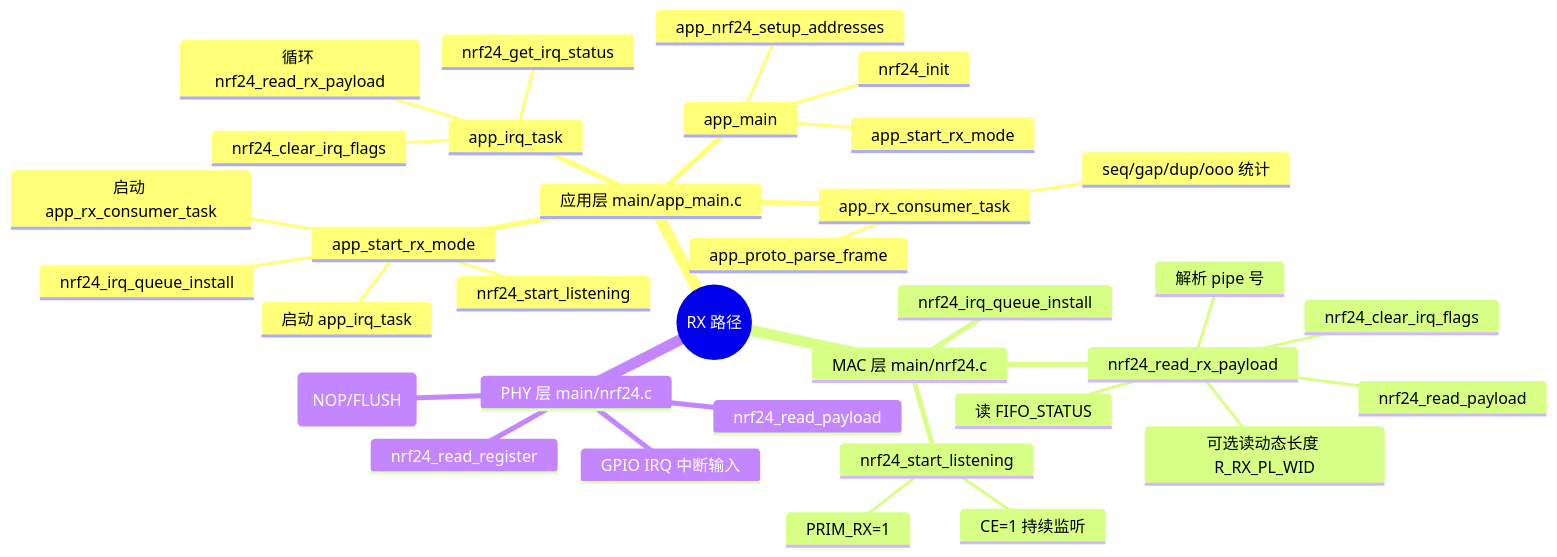
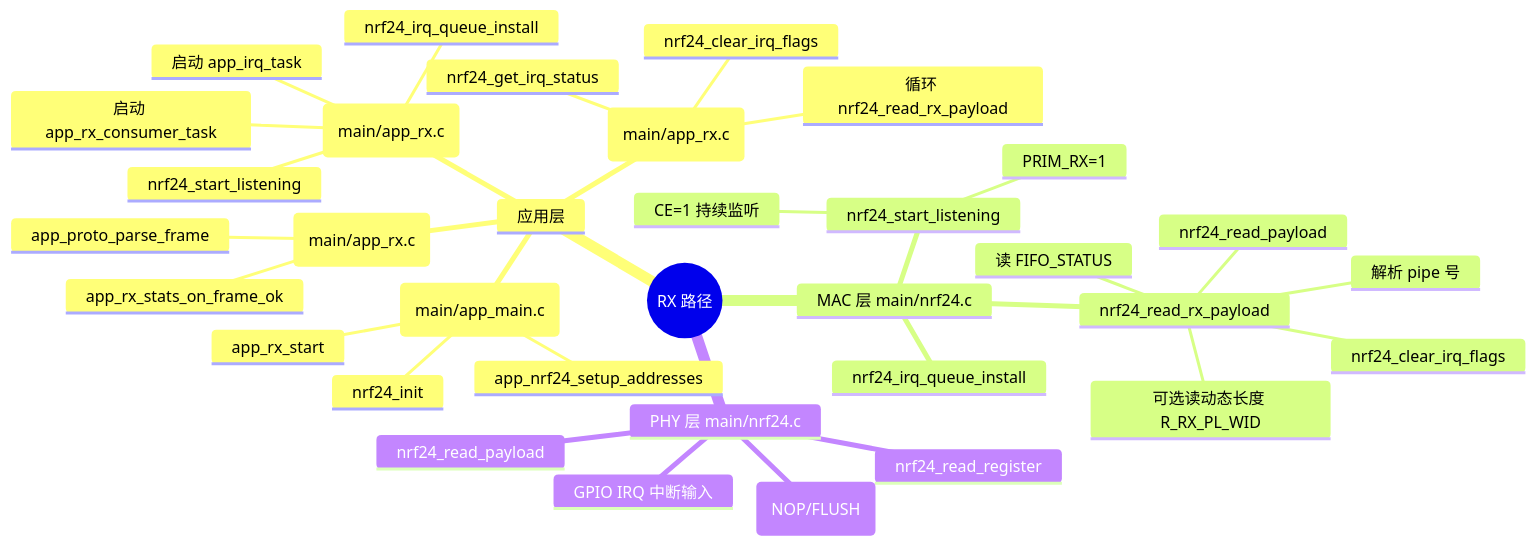
The second of 2 diagrams in docs/nrf24_tx_rx_phy_mac_mindmap.md (Aworrier/NRF24_1), drawn with Mermaid before and after one commit. The commit also changed other lines of this file and 228 other files, not shown here.

````diff
--- a/docs/nrf24_tx_rx_phy_mac_mindmap.md
+++ b/docs/nrf24_tx_rx_phy_mac_mindmap.md
@@ -74,37 +70,37 @@
 ```mermaid
 mindmap
   root((RX 路径))
-    应用层 main/app_main.c
-      app_main
+    应用层
+      app_main (main/app_main.c)
         nrf24_init
         app_nrf24_setup_addresses
-        app_start_rx_mode
-      app_start_rx_mode
+        app_rx_start
+      app_rx_start (main/app_rx.c)
         nrf24_irq_queue_install
         nrf24_start_listening
         启动 app_irq_task
         启动 app_rx_consumer_task
-      app_irq_task
+      app_irq_task (main/app_rx.c)
         nrf24_get_irq_status
         循环 nrf24_read_rx_payload
         nrf24_clear_irq_flags
-      app_rx_consumer_task
+      app_rx_consumer_task (main/app_rx.c)
         app_proto_parse_frame
-        seq/gap/dup/ooo 统计
+        app_rx_stats_on_frame_ok
     MAC 层 main/nrf24.c
       nrf24_start_listening
         PRIM_RX=1
         CE=1 持续监听
       nrf24_read_rx_payload
         读 FIFO_STATUS
         解析 pipe 号
         可选读动态长度 R_RX_PL_WID
         nrf24_read_payload
         nrf24_clear_irq_flags
       nrf24_irq_queue_install
     PHY 层 main/nrf24.c
       nrf24_read_register
       nrf24_read_payload
       nrf24_cmd(NOP/FLUSH)
       GPIO IRQ 中断输入
 ```
````
